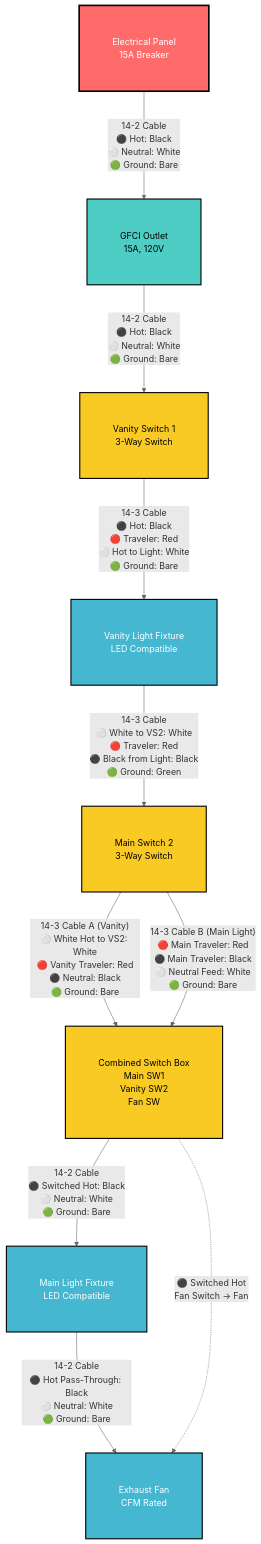
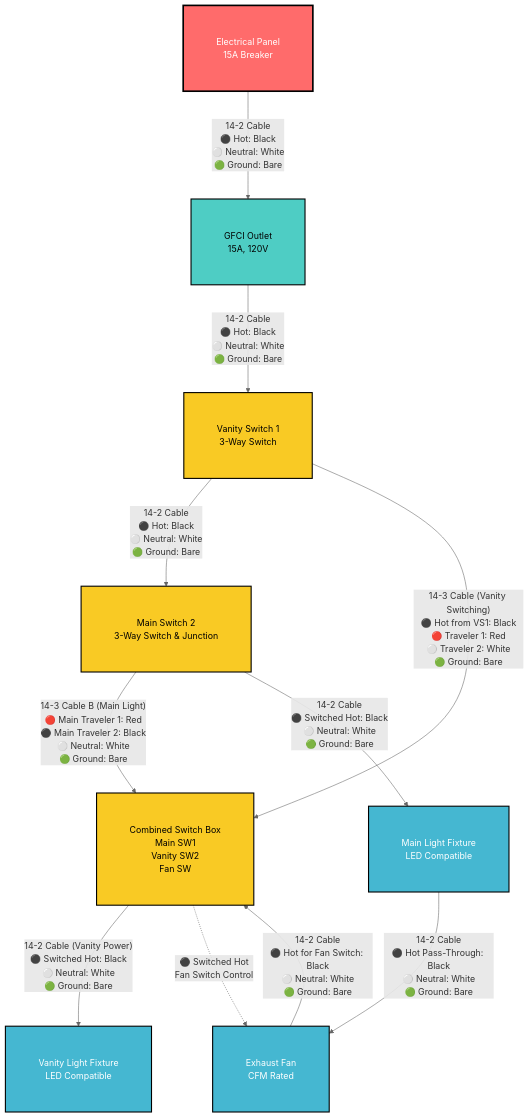
The first of 8 diagrams in diagrams/mermaid-wiring-diagram.md (ticklemycode/electrical-wiring), drawn with Mermaid before and after one commit. The commit also changed other lines of this file, not shown here.

````diff
--- a/diagrams/mermaid-wiring-diagram.md
+++ b/diagrams/mermaid-wiring-diagram.md
@@ -7,35 +7,37 @@
 ```mermaid
 %%{init: {'theme':'default', 'flowchart': {'nodeSpacing': 80, 'rankSpacing': 100, 'padding': 30}, 'themeVariables': {'primaryColor': '#ffffff', 'primaryTextColor': '#000000', 'primaryBorderColor': '#000000', 'lineColor': '#666666', 'sectionBkgColor': '#ffffff', 'altSectionBkgColor': '#f9f9f9', 'gridColor': '#cccccc', 'c0': '#ffffff', 'c1': '#ffffff', 'c2': '#ffffff', 'c3': '#ffffff', 'c4': '#ffffff'}}}%%
 flowchart TD
     A["Electrical Panel<br/>15A Breaker"] -->|"14-2 Cable<br/>⚫ Hot: Black<br/>⚪ Neutral: White<br/>🟢 Ground: Bare"| B["GFCI Outlet<br/>15A, 120V"]
-     B -->|"14-2 Cable<br/>⚫ Hot: Black<br/>⚪ Neutral: White<br/>🟢 Ground: Bare"| D["Vanity Switch 1<br/>3-Way Switch"]
+    
+    B -->|"14-2 Cable<br/>⚫ Hot: Black<br/>⚪ Neutral: White<br/>🟢 Ground: Bare"| D["Vanity Switch 1<br/>3-Way Switch"]
+    
+    D -->|"14-2 Cable<br/>⚫ Hot: Black<br/>⚪ Neutral: White<br/>🟢 Ground: Bare"| F["Main Switch 2<br/>3-Way Switch & Junction"]
+    
+    D -->|"14-3 Cable (Vanity Switching)<br/>⚫ Hot from VS1: Black<br/>🔴 Traveler 1: Red<br/>⚪ Traveler 2: White<br/>🟢 Ground: Bare"| E["Combined Switch Box<br/>Main SW1<br/>Vanity SW2<br/>Fan SW"]
+    
+    E -->|"14-2 Cable (Vanity Power)<br/>⚫ Switched Hot: Black<br/>⚪ Neutral: White<br/>🟢 Ground: Bare"| C["Vanity Light Fixture<br/>LED Compatible"]
 
-    D -->|"14-3 Cable<br/>⚫ Hot: Black<br/>🔴 Traveler: Red<br/>⚪ Hot to Light: White<br/>🟢 Ground: Bare"| C["Vanity Light Fixture<br/>LED Compatible"]
+    F -->|"14-3 Cable B (Main Light)<br/>🔴 Main Traveler 1: Red<br/>⚫ Main Traveler 2: Black<br/>⚪ Neutral: White<br/>🟢 Ground: Bare"| E
 
-    C -->|"14-3 Cable<br/>⚪ White to VS2: White<br/>🔴 Traveler: Red<br/>⚫ Black from Light: Black<br/>🟢 Ground: Green"| F["Main Switch 2<br/>3-Way Switch"]
-
-    F -->|"14-3 Cable A (Vanity)<br/>⚪ White Hot to VS2: White<br/>🔴 Vanity Traveler: Red<br/>⚫ Neutral: Black<br/>🟢 Ground: Bare"| E["Combined Switch Box<br/>Main SW1<br/>Vanity SW2<br/>Fan SW"]
-
-    F -->|"14-3 Cable B (Main Light)<br/>🔴 Main Traveler: Red<br/>⚫ Main Traveler: Black<br/>⚪ Neutral Feed: White<br/>🟢 Ground: Bare"| E
-
-    E -->|"14-2 Cable<br/>⚫ Switched Hot: Black<br/>⚪ Neutral: White<br/>🟢 Ground: Bare"| G["Main Light Fixture<br/>LED Compatible"]
+    F -->|"14-2 Cable<br/>⚫ Switched Hot: Black<br/>⚪ Neutral: White<br/>🟢 Ground: Bare"| G["Main Light Fixture<br/>LED Compatible"]
 
     G -->|"14-2 Cable<br/>⚫ Hot Pass-Through: Black<br/>⚪ Neutral: White<br/>🟢 Ground: Bare"| H["Exhaust Fan<br/>CFM Rated"]
     
-    %% Fan Control from Combined Box
-    E -.->|"⚫ Switched Hot<br/>Fan Switch → Fan"| H
+    H -->|"14-2 Cable<br/>⚫ Hot for Fan Switch: Black<br/>⚪ Neutral: White<br/>🟢 Ground: Bare"| E
+    
+    E -.->|"⚫ Switched Hot<br/>Fan Switch Control"| H
     
     %% Styling
     classDef boxPadding padding:10px 10px
     classDef panelStyle fill:#ff6b6b,stroke:#000,stroke-width:3px,color:#fff
     classDef gfciStyle fill:#4ecdc4,stroke:#000,stroke-width:2px,color:#000
     classDef fixtureStyle fill:#45b7d1,stroke:#000,stroke-width:2px,color:#fff
     classDef switchStyle fill:#f9ca24,stroke:#000,stroke-width:2px,color:#000
     classDef wireStyle stroke:#666,stroke-width:2px
     
     class A,B,C,D,E,F,G,H boxPadding
     class A panelStyle
     class B gfciStyle
     class C,G,H fixtureStyle
     class D,E,F switchStyle
 ```
````
